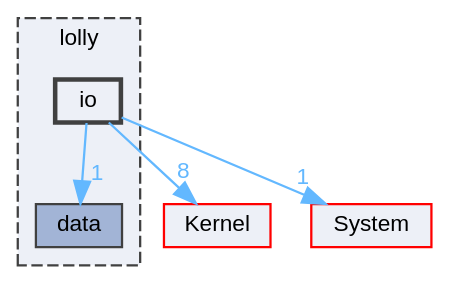
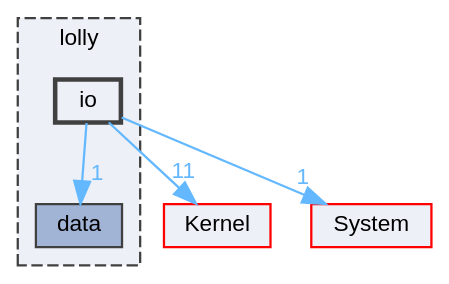
Before and after one commit to XmacsLabs/lolly: the diagram in dir_5dbbbea8d3d07cb325b7c0e63f9dedfb_dep.dot, drawn with Graphviz. The commit also changed 848 other files, not shown here.

```diff
--- a/dir_5dbbbea8d3d07cb325b7c0e63f9dedfb_dep.dot
+++ b/dir_5dbbbea8d3d07cb325b7c0e63f9dedfb_dep.dot
@@ -1,18 +1,18 @@
 digraph "io"
 {
  // LATEX_PDF_SIZE
   bgcolor="transparent";
   edge [fontname=Helvetica,fontsize=10,labelfontname=Helvetica,labelfontsize=10];
   node [fontname=Helvetica,fontsize=10,shape=box,height=0.2,width=0.4];
   compound=true
   subgraph clusterdir_4e4e38b7a3cbd015b31043c806009c51 {
     graph [ bgcolor="#edf0f7", pencolor="grey25", label="lolly", fontname=Helvetica,fontsize=10 style="filled,dashed", URL="dir_4e4e38b7a3cbd015b31043c806009c51.html",tooltip=""]
   dir_7d7415eea8157022d4b7478c2ca2ea49 [label="data", fillcolor="#a2b4d6", color="grey25", style="filled", URL="dir_7d7415eea8157022d4b7478c2ca2ea49.html",tooltip=""];
   dir_5dbbbea8d3d07cb325b7c0e63f9dedfb [label="io", fillcolor="#edf0f7", color="grey25", style="filled,bold", URL="dir_5dbbbea8d3d07cb325b7c0e63f9dedfb.html",tooltip=""];
   }
   dir_52bed8acfaac088d5968cb2c84d7645d [label="Kernel", fillcolor="#edf0f7", color="red", style="filled", URL="dir_52bed8acfaac088d5968cb2c84d7645d.html",tooltip=""];
   dir_9af51e3826d4f9e80d9103b2de543e84 [label="System", fillcolor="#edf0f7", color="red", style="filled", URL="dir_9af51e3826d4f9e80d9103b2de543e84.html",tooltip=""];
-  dir_5dbbbea8d3d07cb325b7c0e63f9dedfb->dir_52bed8acfaac088d5968cb2c84d7645d [headlabel="8", labeldistance=1.5 headhref="dir_000022_000028.html" href="dir_000022_000028.html" color="steelblue1" fontcolor="steelblue1"];
+  dir_5dbbbea8d3d07cb325b7c0e63f9dedfb->dir_52bed8acfaac088d5968cb2c84d7645d [headlabel="11", labeldistance=1.5 headhref="dir_000022_000028.html" href="dir_000022_000028.html" color="steelblue1" fontcolor="steelblue1"];
   dir_5dbbbea8d3d07cb325b7c0e63f9dedfb->dir_7d7415eea8157022d4b7478c2ca2ea49 [headlabel="1", labeldistance=1.5 headhref="dir_000022_000010.html" href="dir_000022_000010.html" color="steelblue1" fontcolor="steelblue1"];
   dir_5dbbbea8d3d07cb325b7c0e63f9dedfb->dir_9af51e3826d4f9e80d9103b2de543e84 [headlabel="1", labeldistance=1.5 headhref="dir_000022_000046.html" href="dir_000022_000046.html" color="steelblue1" fontcolor="steelblue1"];
 }
```
